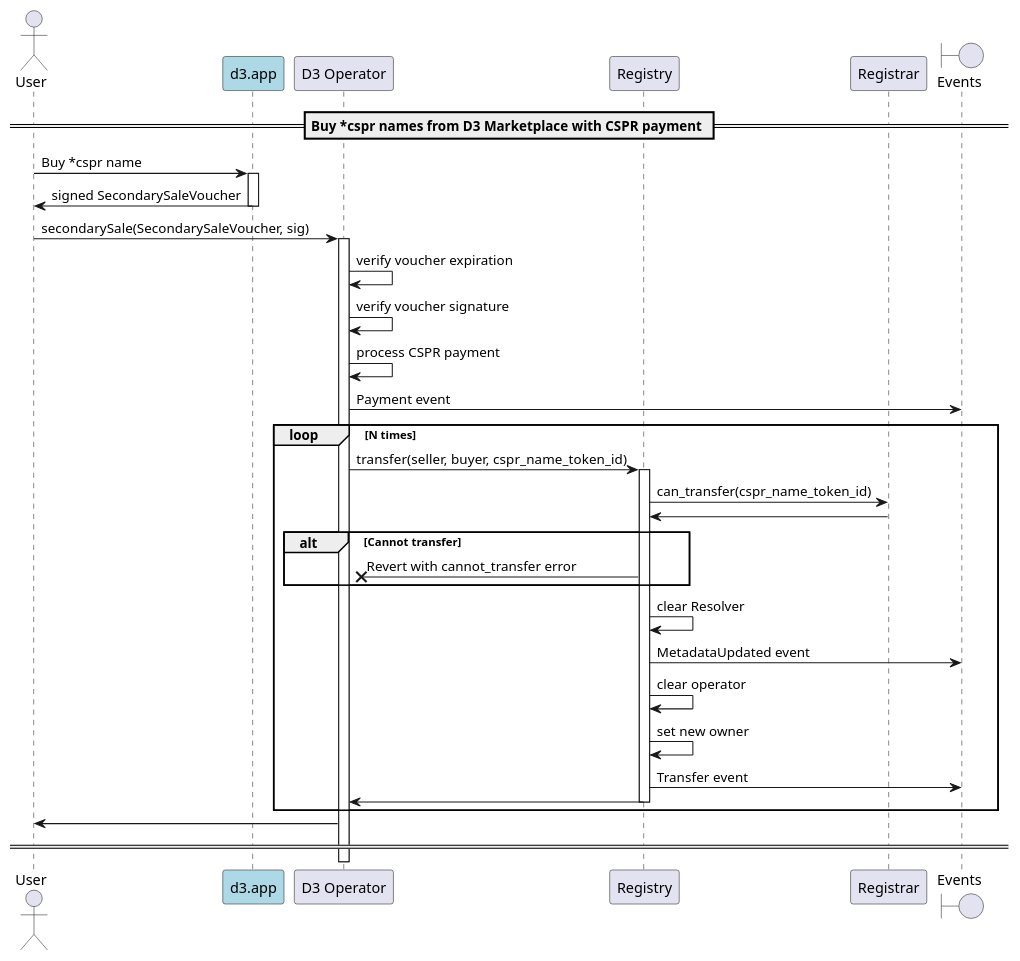
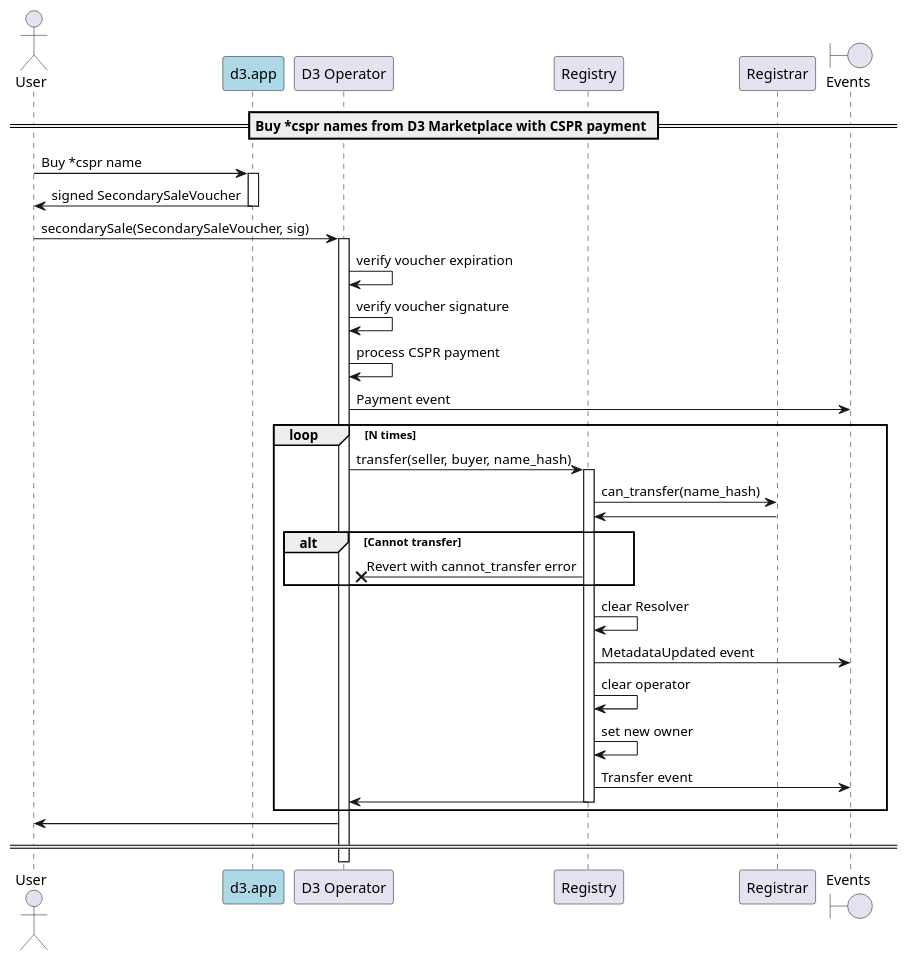
Before and after one commit to make-software/cspr-name-contracts: the diagram in docs/sequence-diagrams/puml/d3-marketplace-buy-cspr-token.puml, drawn with PlantUML. The commit also changed 22 other files, not shown here.

Commit message:
few text fixes. new diagram for can_transfer() filter contract logic

```diff
--- a/docs/sequence-diagrams/puml/d3-marketplace-buy-cspr-token.puml
+++ b/docs/sequence-diagrams/puml/d3-marketplace-buy-cspr-token.puml
@@ -1,46 +1,46 @@
 @startuml
 'https://plantuml.com/sequence-diagram
 
 'autonumber
 actor User
 participant "d3.app" as d3 #lightblue
 participant "D3 Operator" as d3Op
 participant "Registry"
 participant "Registrar"
 boundary "Events"
 
 == Buy *cspr names from D3 Marketplace with CSPR payment ==
 
 User -> d3: Buy *cspr name
 activate d3
 d3 -> User: signed SecondarySaleVoucher
 deactivate d3
 
 User -> d3Op: secondarySale(SecondarySaleVoucher, sig)
 activate d3Op
 d3Op -> d3Op: verify voucher expiration
 d3Op -> d3Op: verify voucher signature
 d3Op -> d3Op: process CSPR payment
 d3Op -> "Events": Payment event
 loop N times
-    d3Op -> Registry: transfer(seller, buyer, cspr_name_token_id)
+    d3Op -> Registry: transfer(seller, buyer, name_hash)
     activate Registry
-    Registry -> Registrar: can_transfer(cspr_name_token_id)
+    Registry -> Registrar: can_transfer(name_hash)
     Registrar -> Registry
     alt Cannot transfer
         Registry ->X d3Op: Revert with cannot_transfer error
     end
     Registry -> Registry: clear Resolver
     Registry -> "Events": MetadataUpdated event
     Registry -> Registry: clear operator
     Registry -> Registry : set new owner
     Registry -> "Events": Transfer event
     Registry -> d3Op
     deactivate Registry
 end
 d3Op -> User
 deactivate d3
 
 == ==
 
 @enduml
```
